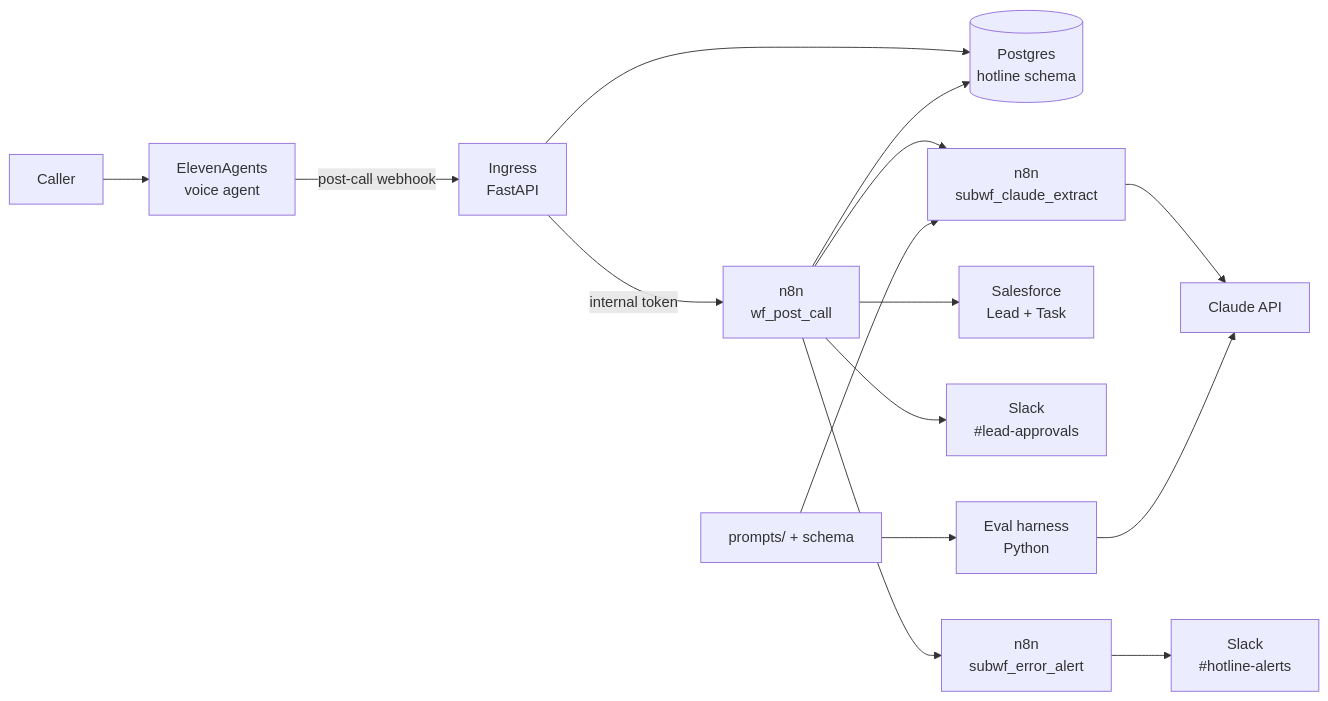
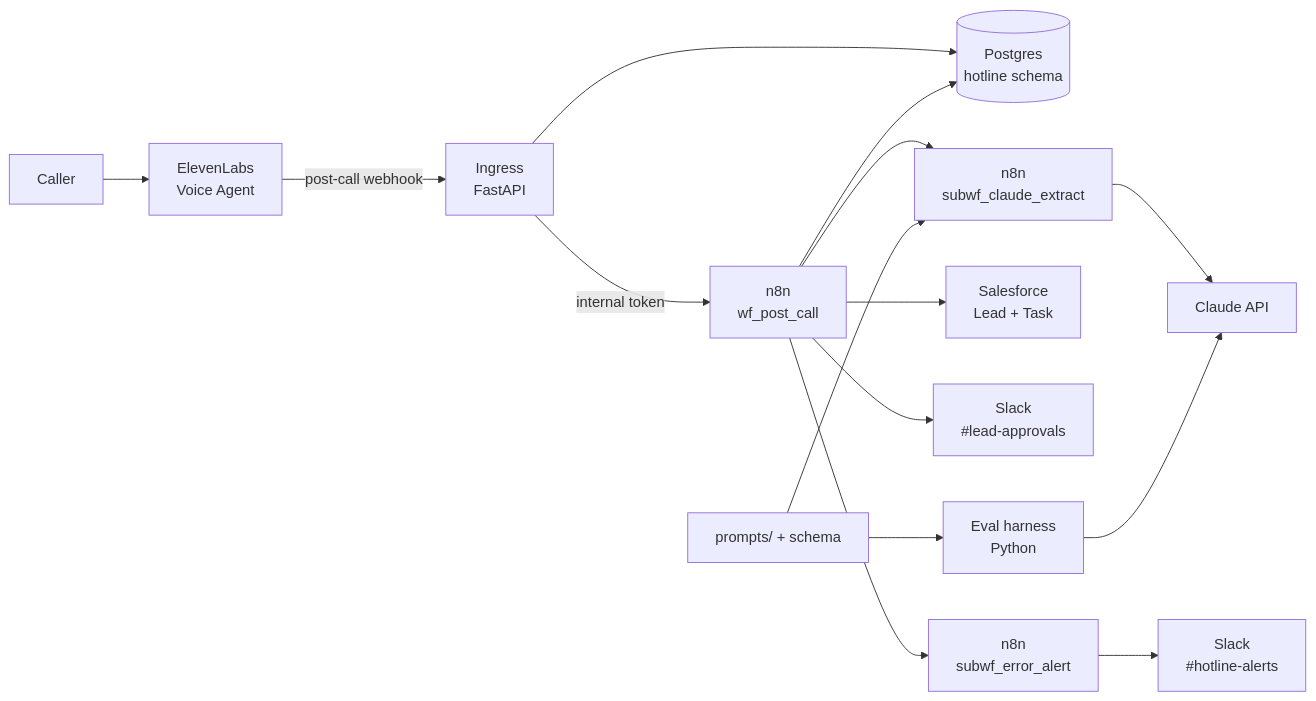
One commit to kushalsharma1218/Hotline-A-Voice-Agent changed the diagram in README.md. Above: the diagram before and after it, drawn with Mermaid. The commit also changed other lines of this file, not shown here.

````diff
--- a/README.md
+++ b/README.md
@@ -34,17 +31,23 @@
 ```mermaid
 flowchart LR
-    C[Caller] --> EA[ElevenAgents<br/>voice agent]
+    C[Caller] --> EA[ElevenLabs<br/>Voice Agent]
     EA -->|post-call webhook| IN[Ingress<br/>FastAPI]
+
     IN --> DB[(Postgres<br/>hotline schema)]
     IN -->|internal token| WF[n8n<br/>wf_post_call]
+
     WF --> EX[n8n<br/>subwf_claude_extract]
     EX --> CL[Claude API]
+
     WF --> SF[Salesforce<br/>Lead + Task]
     WF --> SA[Slack<br/>#lead-approvals]
     WF --> ER[n8n<br/>subwf_error_alert]
+
     ER --> SL[Slack<br/>#hotline-alerts]
+
     WF --> DB
+
     EV[Eval harness<br/>Python] --> CL
     PR[prompts/ + schema] --> EX
     PR --> EV
 ```
````
